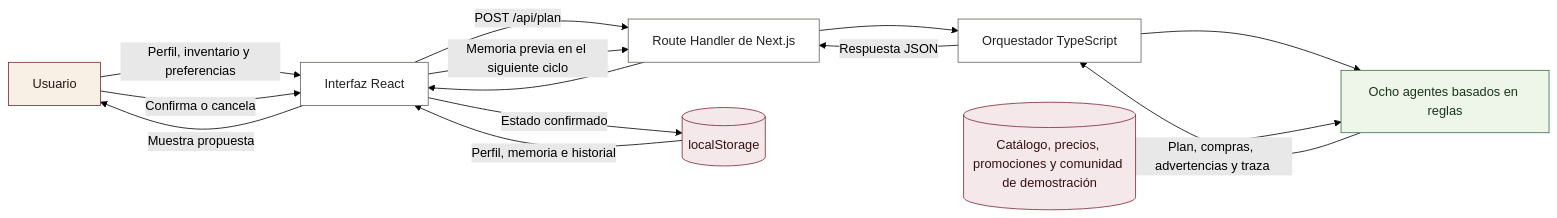
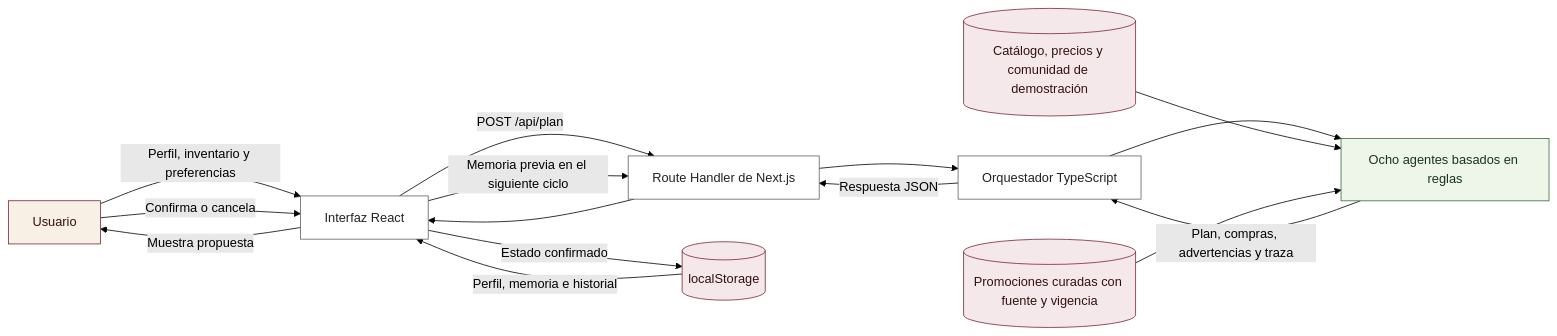
The first of 3 diagrams in docs/arquitectura.md (LautyDe/Entrega-CursoIA), drawn with Mermaid (forest theme) before and after one commit. The commit also changed other lines of this file and 17 other files, not shown here.

````diff
--- a/docs/arquitectura.md
+++ b/docs/arquitectura.md
@@ -17,26 +17,27 @@
 ```mermaid
 flowchart LR
     U[Usuario] -->|Perfil, inventario y preferencias| UI[Interfaz React]
     UI -->|POST /api/plan| API[Route Handler de Next.js]
     API --> ORQ[Orquestador TypeScript]
     ORQ --> AG[Ocho agentes basados en reglas]
     AG -->|Plan, compras, advertencias y traza| ORQ
     ORQ -->|Respuesta JSON| API
     API --> UI
     UI -->|Muestra propuesta| U
     U -->|Confirma o cancela| UI
     UI -->|Estado confirmado| LS[(localStorage)]
     LS -->|Perfil, memoria e historial| UI
     UI -->|Memoria previa en el siguiente ciclo| API
 
-    DEMO[(Catálogo, precios, promociones y comunidad de demostración)] --> AG
+    DEMO[(Catálogo, precios y comunidad de demostración)] --> AG
+    PROMO[(Promociones curadas con fuente y vigencia)] --> AG
 
     classDef actor fill:#f8efe5,stroke:#7b2638,color:#311;
     classDef traditional fill:#fff,stroke:#5b6658,color:#222;
     classDef agent fill:#eef5e9,stroke:#3c6b45,color:#17351d;
     classDef memory fill:#f5e8eb,stroke:#7b2638,color:#311;
     class U actor;
     class UI,API,ORQ traditional;
     class AG agent;
-    class LS,DEMO memory;
+    class LS,DEMO,PROMO memory;
 ```
````
